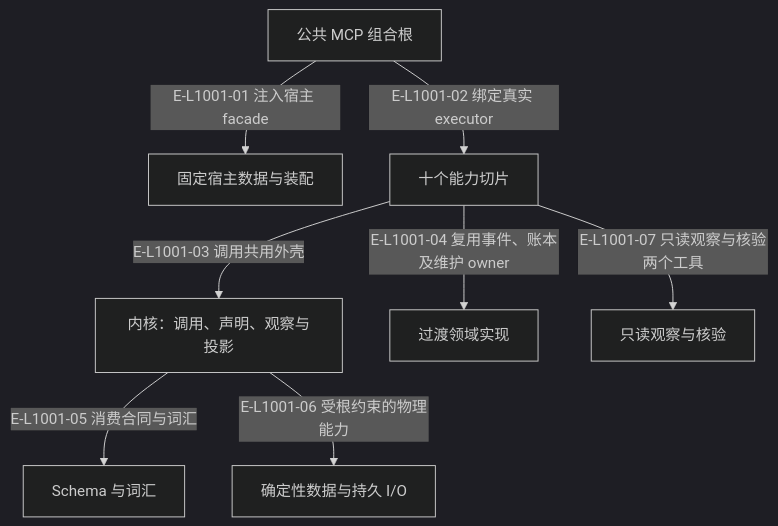
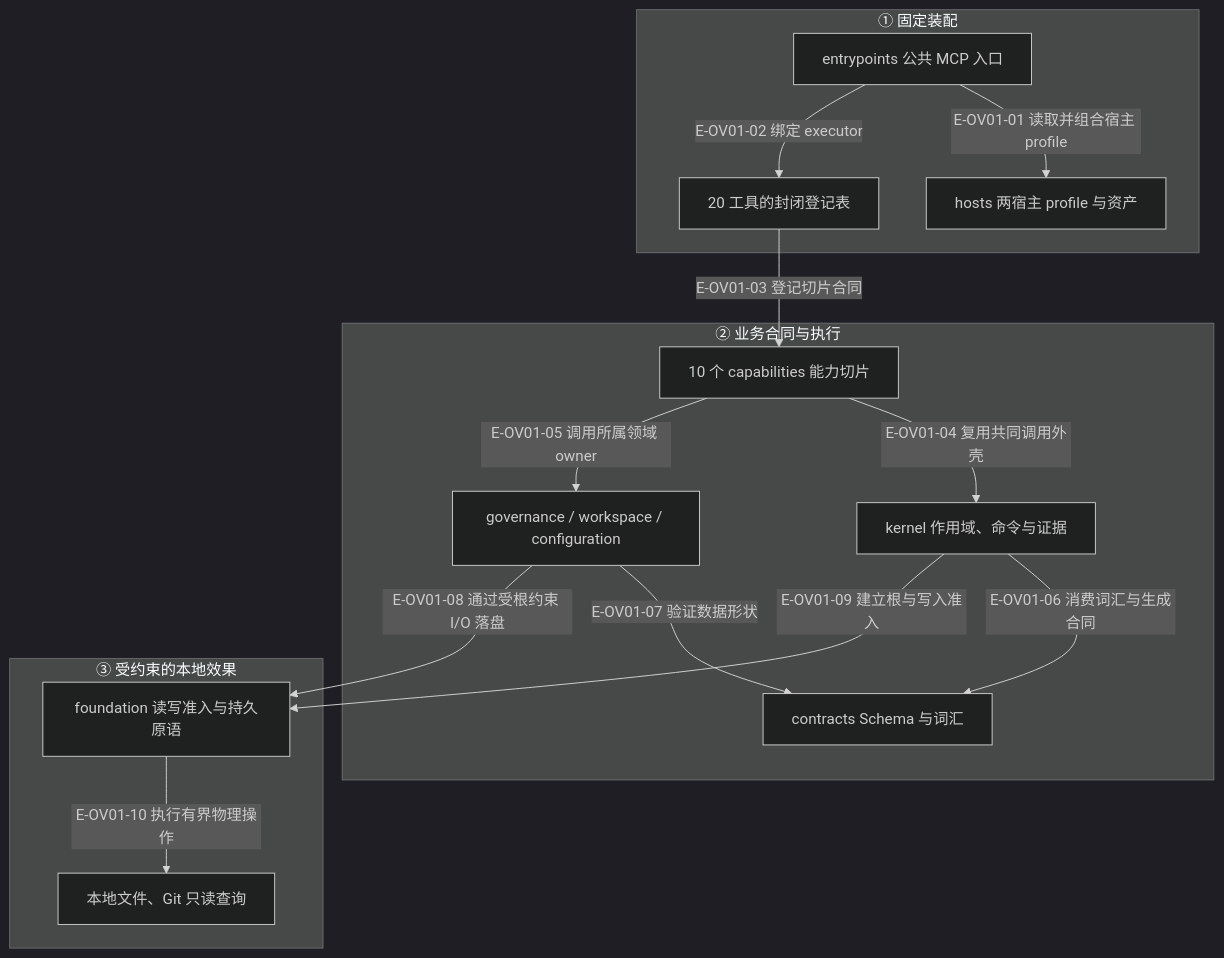
One commit to GxFn/Wakeflow changed the diagram in wakeflow-architecture-atlas/maps/01-overall-architecture/README.md. Above: the diagram before and after it, drawn with Mermaid (dark theme). The commit also changed other lines of this file and 76 other files, not shown here.

First line of the commit message:
docs(atlas): refresh architecture maps for the rc.5 codebase

````diff
--- a/wakeflow-architecture-atlas/maps/01-overall-architecture/README.md
+++ b/wakeflow-architecture-atlas/maps/01-overall-architecture/README.md
@@ -205,20 +26,30 @@
 ```mermaid
 flowchart TB
-  accTitle: 六层职责与当前过渡实现
-  accDescr: 六层职责与当前过渡实现；箭头区分当前代码步骤、返回事实与明确的条件。
-  entry["公共 MCP 组合根"]
-  hosts["固定宿主数据与装配"]
-  caps["十个能力切片"]
-  kernel["内核：调用、声明、观察与投影"]
-  contracts["Schema 与词汇"]
-  foundation["确定性数据与持久 I/O"]
-  legacy["过渡领域实现"]
-  observation["只读观察与核验"]
-  entry -->|"E-L1001-01 注入宿主 facade"| hosts
-  entry -->|"E-L1001-02 绑定真实 executor"| caps
-  caps -->|"E-L1001-03 调用共用外壳"| kernel
-  caps -->|"E-L1001-04 复用事件、账本及维护 owner"| legacy
-  kernel -->|"E-L1001-05 消费合同与词汇"| contracts
-  kernel -->|"E-L1001-06 受根约束的物理能力"| foundation
-  caps -->|"E-L1001-07 只读观察与核验两个工具"| observation
+  accTitle: 当前六层架构与职责边界
+  accDescr: 入口组合宿主数据和能力切片，内核提供共同协议，治理所有者维护事实，基础层提供受根约束的物理原语。
+  subgraph composition["① 固定装配"]
+    entry["entrypoints 公共 MCP 入口"]
+    host["hosts 两宿主 profile 与资产"]
+    catalog["20 工具的封闭登记表"]
+  end
+  subgraph behavior["② 业务合同与执行"]
+    slices["10 个 capabilities 能力切片"]
+    owners["governance / workspace / configuration"]
+    kernel["kernel 作用域、命令与证据"]
+    contracts["contracts Schema 与词汇"]
+  end
+  subgraph physical["③ 受约束的本地效果"]
+    foundation["foundation 读写准入与持久原语"]
+    disk["本地文件、Git 只读查询"]
+  end
+  entry -->|"E-OV01-01 读取并组合宿主 profile"| host
+  entry -->|"E-OV01-02 绑定 executor"| catalog
+  catalog -->|"E-OV01-03 登记切片合同"| slices
+  slices -->|"E-OV01-04 复用共同调用外壳"| kernel
+  slices -->|"E-OV01-05 调用所属领域 owner"| owners
+  kernel -->|"E-OV01-06 消费词汇与生成合同"| contracts
+  owners -->|"E-OV01-07 验证数据形状"| contracts
+  owners -->|"E-OV01-08 通过受根约束 I/O 落盘"| foundation
+  kernel -->|"E-OV01-09 建立根与写入准入"| foundation
+  foundation -->|"E-OV01-10 执行有界物理操作"| disk
 ```
````
